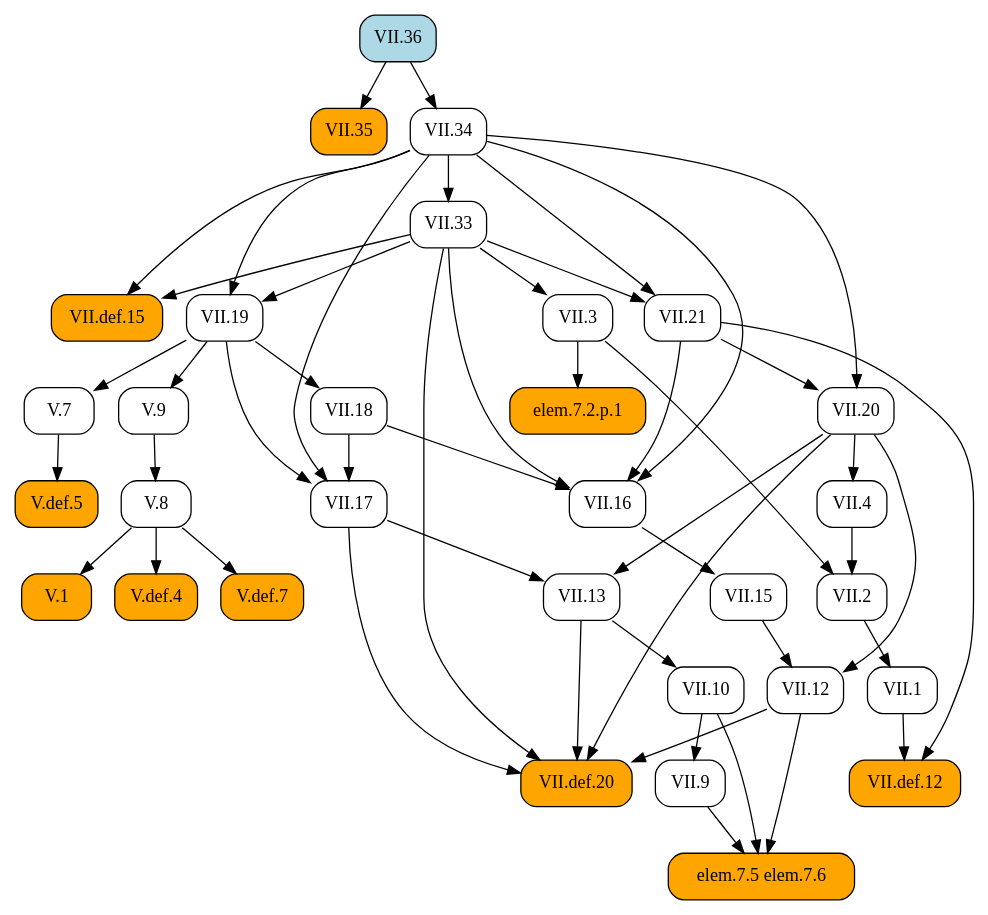
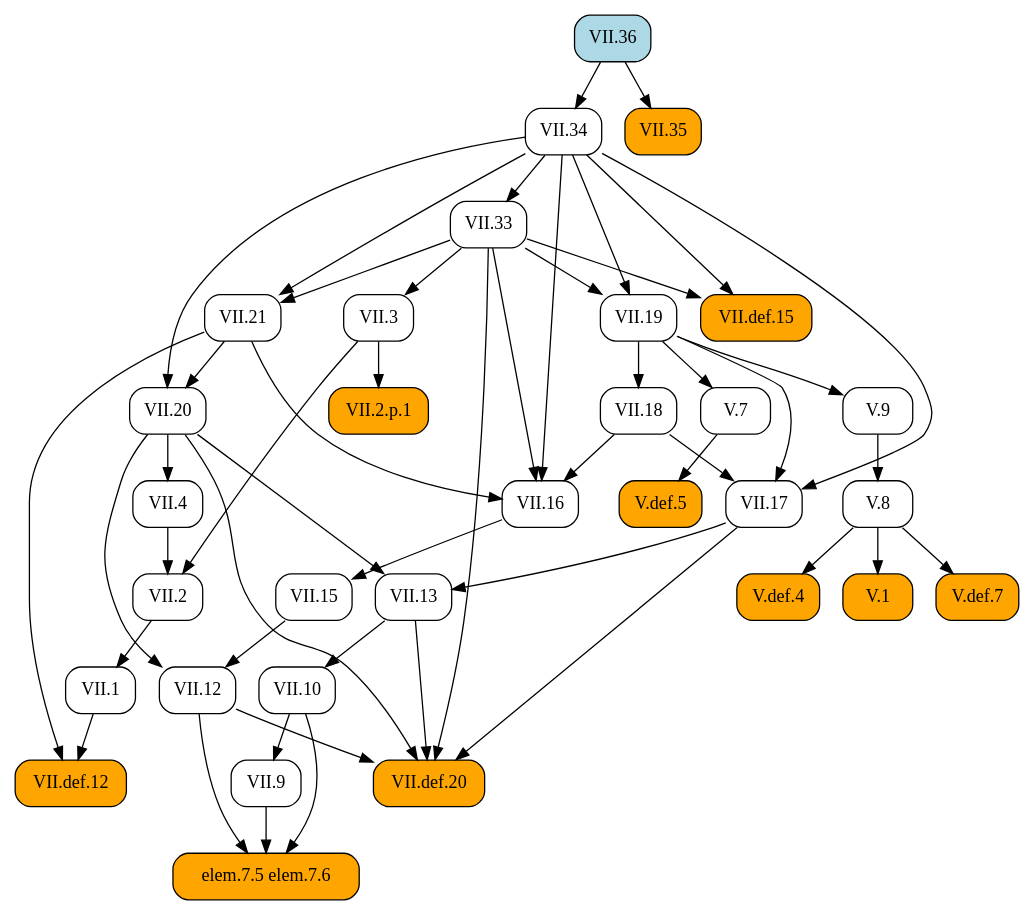
The diagram in docsrc/heath/VII/36/index.rst (geometor/elements), drawn with Graphviz before and after one commit. The commit also changed 484 other files, not shown here.

```diff
--- a/docsrc/heath/VII/36/index.rst
+++ b/docsrc/heath/VII/36/index.rst
@@ -78,84 +78,84 @@
    digraph {
      rankdir="TB";
      node [shape=box, style=rounded];
+     "VII.33" [URL="/heath/VII/33/", target="_top"];
+     "VII.12" [URL="/heath/VII/12/", target="_top"];
+     "elem.7.5 elem.7.6" [style="rounded,filled", fillcolor=orange];
+     "V.def.7" [style="rounded,filled", fillcolor=orange, URL="/heath/V/def.7/", target="_top"];
+     "VII.9" [URL="/heath/VII/9/", target="_top"];
+     "VII.34" [URL="/heath/VII/34/", target="_top"];
+     "VII.18" [URL="/heath/VII/18/", target="_top"];
      "VII.36" [style="rounded,filled", fillcolor=lightblue, URL="/heath/VII/36/", target="_top"];
+     "VII.16" [URL="/heath/VII/16/", target="_top"];
+     "V.7" [URL="/heath/V/7/", target="_top"];
+     "VII.21" [URL="/heath/VII/21/", target="_top"];
+     "V.def.5" [style="rounded,filled", fillcolor=orange, URL="/heath/V/def.5/", target="_top"];
+     "V.def.4" [style="rounded,filled", fillcolor=orange, URL="/heath/V/def.4/", target="_top"];
+     "V.9" [URL="/heath/V/9/", target="_top"];
+     "VII.1" [URL="/heath/VII/1/", target="_top"];
+     "VII.10" [URL="/heath/VII/10/", target="_top"];
+     "V.8" [URL="/heath/V/8/", target="_top"];
+     "VII.13" [URL="/heath/VII/13/", target="_top"];
+     "VII.4" [URL="/heath/VII/4/", target="_top"];
+     "VII.2.p.1" [style="rounded,filled", fillcolor=orange];
      "VII.def.12" [style="rounded,filled", fillcolor=orange, URL="/heath/VII/def.12/", target="_top"];
-     "V.8" [URL="/heath/V/8/", target="_top"];
-     "VII.33" [URL="/heath/VII/33/", target="_top"];
-     "VII.1" [URL="/heath/VII/1/", target="_top"];
-     "elem.7.2.p.1" [style="rounded,filled", fillcolor=orange];
-     "VII.10" [URL="/heath/VII/10/", target="_top"];
-     "VII.9" [URL="/heath/VII/9/", target="_top"];
+     "VII.20" [URL="/heath/VII/20/", target="_top"];
+     "V.1" [style="rounded,filled", fillcolor=orange, URL="/heath/V/1/", target="_top"];
      "VII.def.15" [style="rounded,filled", fillcolor=orange, URL="/heath/VII/def.15/", target="_top"];
-     "V.def.5" [style="rounded,filled", fillcolor=orange, URL="/heath/V/def.5/", target="_top"];
-     "VII.19" [URL="/heath/VII/19/", target="_top"];
-     "VII.18" [URL="/heath/VII/18/", target="_top"];
-     "VII.16" [URL="/heath/VII/16/", target="_top"];
-     "VII.4" [URL="/heath/VII/4/", target="_top"];
-     "VII.21" [URL="/heath/VII/21/", target="_top"];
-     "V.1" [style="rounded,filled", fillcolor=orange, URL="/heath/V/1/", target="_top"];
+     "VII.35" [style="rounded,filled", fillcolor=orange, URL="/heath/VII/35/", target="_top"];
      "VII.3" [URL="/heath/VII/3/", target="_top"];
      "VII.17" [URL="/heath/VII/17/", target="_top"];
-     "elem.7.5 elem.7.6" [style="rounded,filled", fillcolor=orange];
-     "VII.35" [style="rounded,filled", fillcolor=orange, URL="/heath/VII/35/", target="_top"];
-     "VII.20" [URL="/heath/VII/20/", target="_top"];
-     "V.7" [URL="/heath/V/7/", target="_top"];
-     "VII.34" [URL="/heath/VII/34/", target="_top"];
-     "V.9" [URL="/heath/V/9/", target="_top"];
-     "V.def.4" [style="rounded,filled", fillcolor=orange, URL="/heath/V/def.4/", target="_top"];
-     "VII.13" [URL="/heath/VII/13/", target="_top"];
+     "VII.19" [URL="/heath/VII/19/", target="_top"];
      "VII.2" [URL="/heath/VII/2/", target="_top"];
-     "V.def.7" [style="rounded,filled", fillcolor=orange, URL="/heath/V/def.7/", target="_top"];
-     "VII.12" [URL="/heath/VII/12/", target="_top"];
+     "VII.def.20" [style="rounded,filled", fillcolor=orange, URL="/heath/VII/def.20/", target="_top"];
      "VII.15" [URL="/heath/VII/15/", target="_top"];
-     "VII.def.20" [style="rounded,filled", fillcolor=orange, URL="/heath/VII/def.20/", target="_top"];
-     "VII.1" -> "VII.def.12";
-     "VII.21" -> "VII.def.12";
-     "V.9" -> "V.8";
      "VII.34" -> "VII.33";
-     "VII.2" -> "VII.1";
-     "VII.3" -> "elem.7.2.p.1";
-     "VII.13" -> "VII.10";
+     "VII.15" -> "VII.12";
+     "VII.20" -> "VII.12";
+     "VII.9" -> "elem.7.5 elem.7.6";
+     "VII.10" -> "elem.7.5 elem.7.6";
+     "VII.12" -> "elem.7.5 elem.7.6";
+     "V.8" -> "V.def.7";
      "VII.10" -> "VII.9";
-     "VII.33" -> "VII.def.15";
-     "VII.34" -> "VII.def.15";
-     "V.7" -> "V.def.5";
-     "VII.33" -> "VII.19";
-     "VII.34" -> "VII.19";
+     "VII.36" -> "VII.34";
      "VII.19" -> "VII.18";
      "VII.18" -> "VII.16";
      "VII.21" -> "VII.16";
      "VII.33" -> "VII.16";
      "VII.34" -> "VII.16";
-     "VII.20" -> "VII.4";
+     "VII.19" -> "V.7";
      "VII.33" -> "VII.21";
      "VII.34" -> "VII.21";
+     "V.7" -> "V.def.5";
+     "V.8" -> "V.def.4";
+     "VII.19" -> "V.9";
+     "VII.2" -> "VII.1";
+     "VII.13" -> "VII.10";
+     "V.9" -> "V.8";
+     "VII.17" -> "VII.13";
+     "VII.20" -> "VII.13";
+     "VII.20" -> "VII.4";
+     "VII.3" -> "VII.2.p.1";
+     "VII.1" -> "VII.def.12";
+     "VII.21" -> "VII.def.12";
+     "VII.21" -> "VII.20";
+     "VII.34" -> "VII.20";
      "V.8" -> "V.1";
+     "VII.33" -> "VII.def.15";
+     "VII.34" -> "VII.def.15";
+     "VII.36" -> "VII.35";
      "VII.33" -> "VII.3";
      "VII.18" -> "VII.17";
      "VII.19" -> "VII.17";
      "VII.34" -> "VII.17";
-     "VII.9" -> "elem.7.5 elem.7.6";
-     "VII.10" -> "elem.7.5 elem.7.6";
-     "VII.12" -> "elem.7.5 elem.7.6";
-     "VII.36" -> "VII.35";
-     "VII.21" -> "VII.20";
-     "VII.34" -> "VII.20";
-     "VII.19" -> "V.7";
-     "VII.36" -> "VII.34";
-     "VII.19" -> "V.9";
-     "V.8" -> "V.def.4";
-     "VII.17" -> "VII.13";
-     "VII.20" -> "VII.13";
+     "VII.33" -> "VII.19";
+     "VII.34" -> "VII.19";
      "VII.3" -> "VII.2";
      "VII.4" -> "VII.2";
-     "V.8" -> "V.def.7";
-     "VII.15" -> "VII.12";
-     "VII.20" -> "VII.12";
-     "VII.16" -> "VII.15";
      "VII.12" -> "VII.def.20";
      "VII.13" -> "VII.def.20";
      "VII.17" -> "VII.def.20";
      "VII.20" -> "VII.def.20";
      "VII.33" -> "VII.def.20";
+     "VII.16" -> "VII.15";
    }
```
